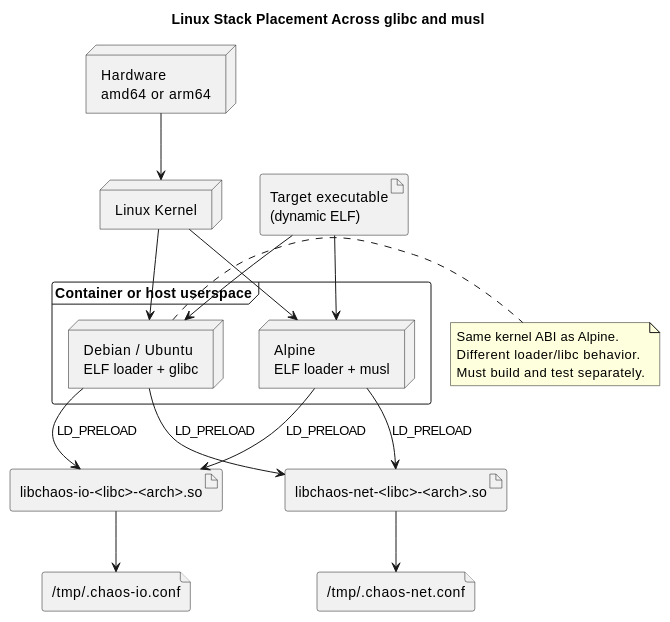
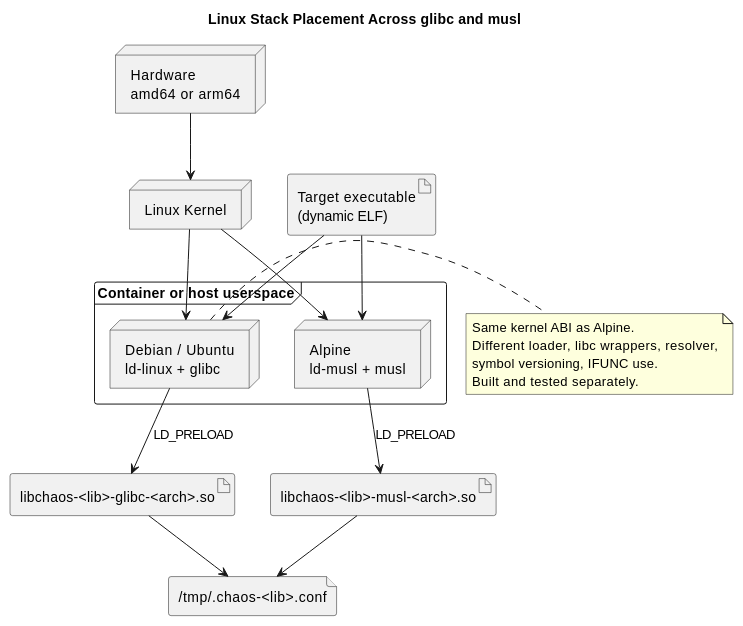
The third of 4 diagrams in docs/SYSTEM.md (macstab/macstab-chaos-testing-libraries), drawn with PlantUML before and after one commit. The commit also changed other lines of this file and 14 other files, not shown here.

Commit message:
docs: rewrite architecture, safety, platform and engineering docs; redraw diagrams

````diff
--- a/docs/SYSTEM.md
+++ b/docs/SYSTEM.md
@@ -517,40 +463,38 @@
 ```plantuml
 @startuml
 title Linux Stack Placement Across glibc and musl
 
 node "Hardware\namd64 or arm64" as HW
 node "Linux Kernel" as KERNEL
 
 frame "Container or host userspace" {
-  node "Debian / Ubuntu\nELF loader + glibc" as GLIBC
-  node "Alpine\nELF loader + musl" as MUSL
+  node "Debian / Ubuntu\nld-linux + glibc" as GLIBC
+  node "Alpine\nld-musl + musl" as MUSL
 }
 
 artifact "Target executable\n(dynamic ELF)" as APP
-artifact "libchaos-io-<libc>-<arch>.so" as IO
-artifact "libchaos-net-<libc>-<arch>.so" as NET
-file "/tmp/.chaos-io.conf" as IOCFG
-file "/tmp/.chaos-net.conf" as NETCFG
+artifact "libchaos-<lib>-glibc-<arch>.so" as GSO
+artifact "libchaos-<lib>-musl-<arch>.so" as MSO
+file "/tmp/.chaos-<lib>.conf" as CFG
 
 HW --> KERNEL
 KERNEL --> GLIBC
 KERNEL --> MUSL
 
 APP --> GLIBC
 APP --> MUSL
 
-GLIBC --> IO : LD_PRELOAD
-GLIBC --> NET : LD_PRELOAD
-MUSL --> IO : LD_PRELOAD
-MUSL --> NET : LD_PRELOAD
+GLIBC --> GSO : LD_PRELOAD
+MUSL --> MSO : LD_PRELOAD
 
-IO --> IOCFG
-NET --> NETCFG
+GSO --> CFG
+MSO --> CFG
 
 note right of GLIBC
 Same kernel ABI as Alpine.
-Different loader/libc behavior.
-Must build and test separately.
+Different loader, libc wrappers, resolver,
+symbol versioning, IFUNC use.
+Built and tested separately.
 end note
 @enduml
 ```
````
